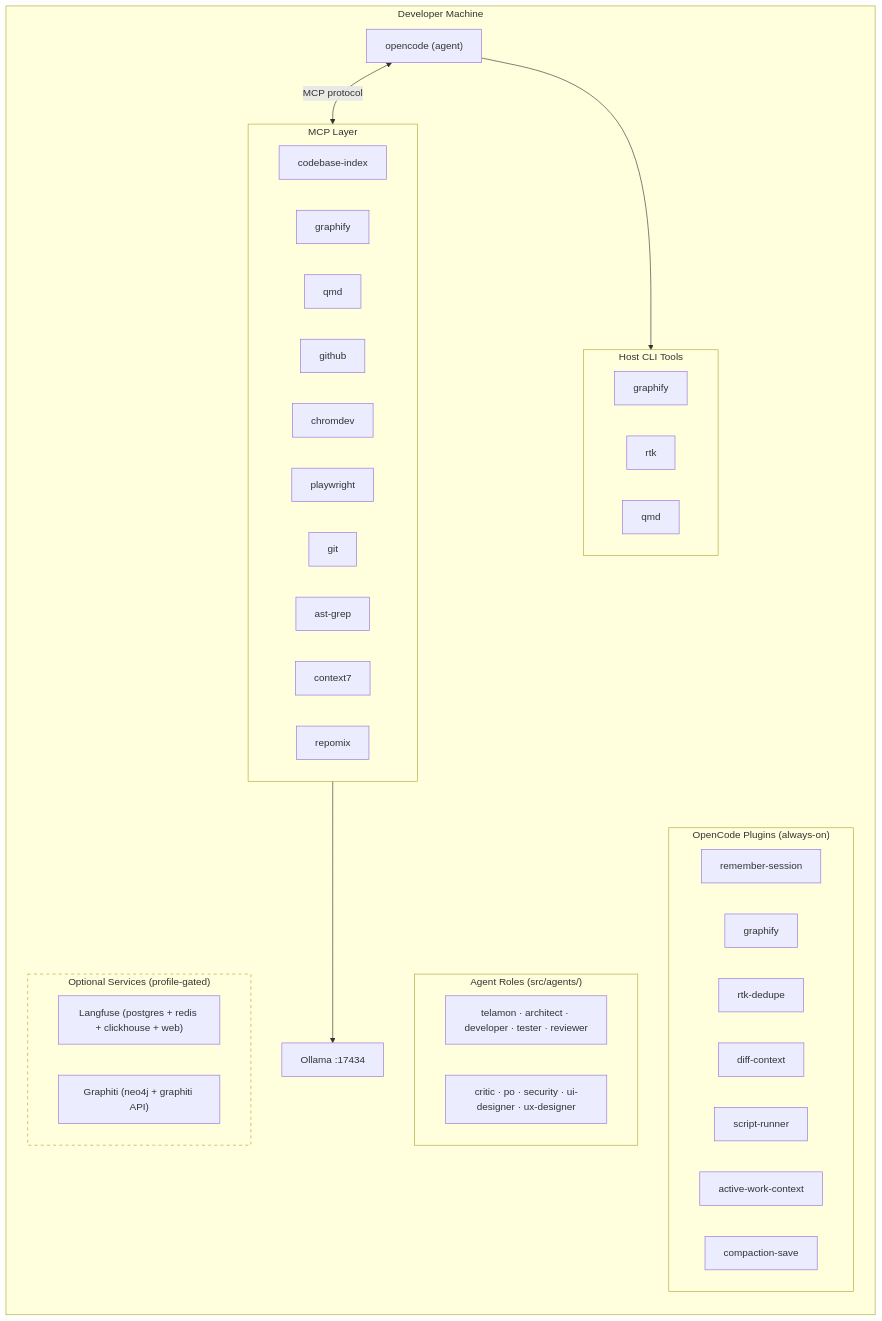
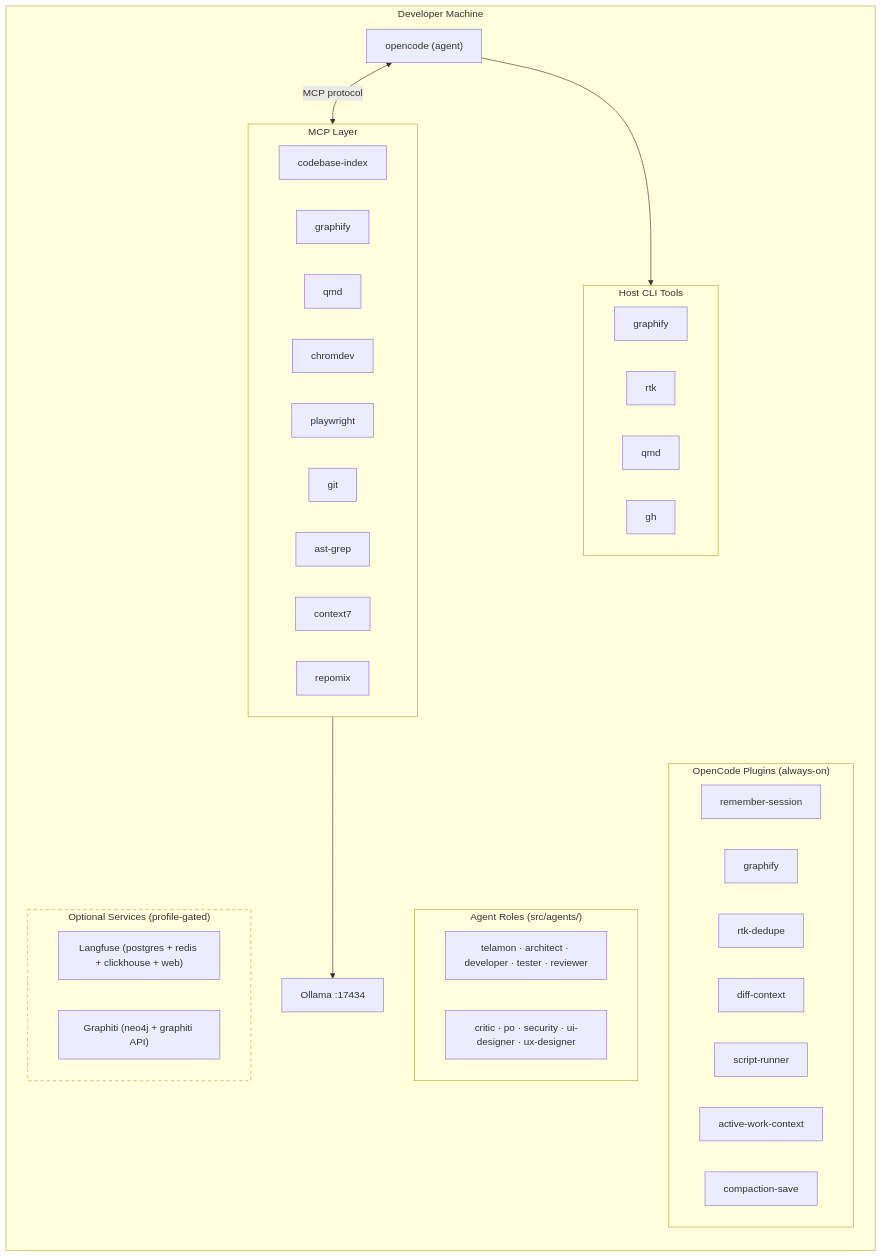
One commit to hgraca/telamon changed the diagram in docs/architecture.md. Above: the diagram before and after it, drawn with Mermaid. The commit also changed other lines of this file and 11 other files, not shown here.

First line of the commit message:
refactor(github): replace mcp/github with gh CLI

````diff
--- a/docs/architecture.md
+++ b/docs/architecture.md
@@ -14,53 +14,53 @@
 ```mermaid
 flowchart TB
     subgraph dev["Developer Machine"]
         direction TB
 
         oc["opencode (agent)"] <-->|"MCP protocol"| mcp
 
         subgraph mcp["MCP Layer"]
             cbi["codebase-index"]
             gf_m["graphify"]
             qmd_m["qmd"]
-            gh_m["github"]
             cd_m["chromdev"]
             pw_m["playwright"]
             git_m["git"]
             ag_m["ast-grep"]
             c7_m["context7"]
             rm_m["repomix"]
         end
 
         mcp --> ol["Ollama :17434"]
 
         oc --> cli
 
         subgraph cli["Host CLI Tools"]
             cli_g["graphify"]
             cli_r["rtk"]
             cli_q["qmd"]
+            cli_gh["gh"]
         end
 
         subgraph plugins["OpenCode Plugins (always-on)"]
             p_sc["remember-session"]
             p_gf["graphify"]
             p_rd["rtk-dedupe"]
             p_dc["diff-context"]
             p_sr["script-runner"]
             p_aw["active-work-context"]
             p_cs["compaction-save"]
         end
 
         subgraph agents["Agent Roles (src/agents/)"]
             a1["telamon · architect · developer · tester · reviewer"]
             a2["critic · po · security · ui-designer · ux-designer"]
         end
 
         subgraph optional["Optional Services (profile-gated)"]
             o_lf["Langfuse (postgres + redis + clickhouse + web)"]
             o_gr["Graphiti (neo4j + graphiti API)"]
         end
     end
 
     style optional stroke-dasharray: 5 5
 ```
````
